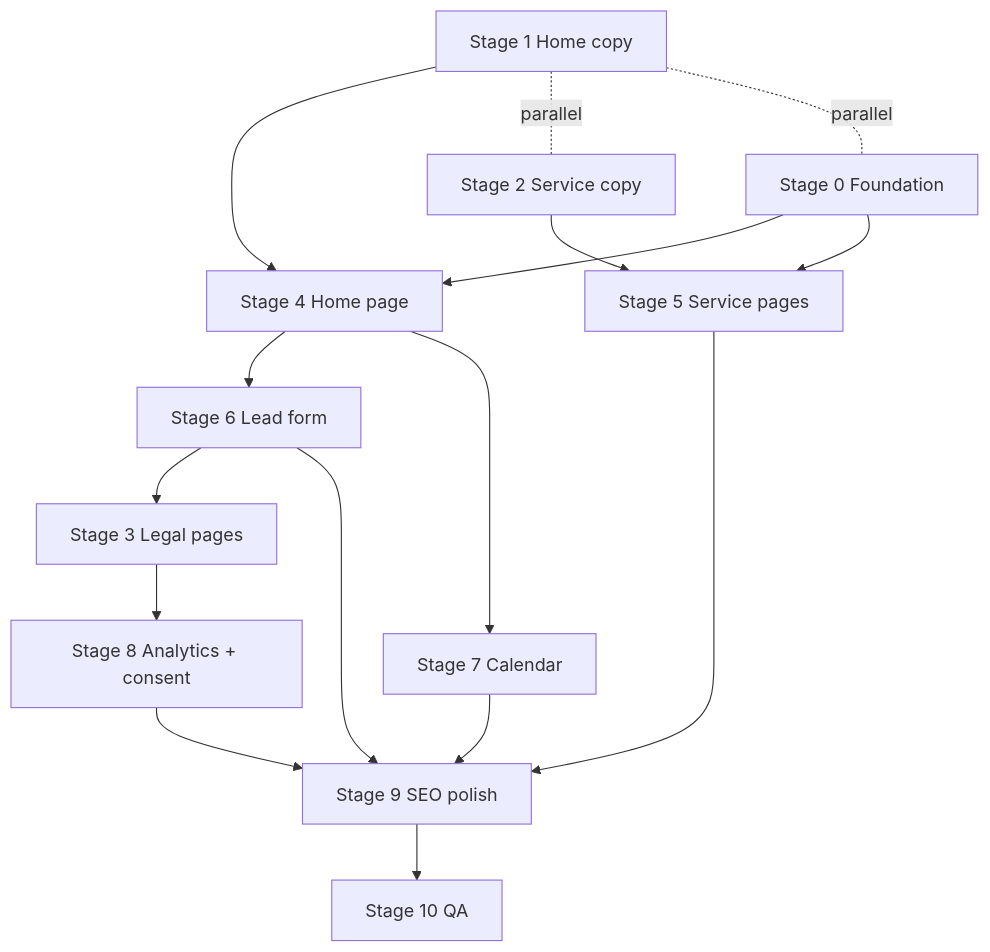
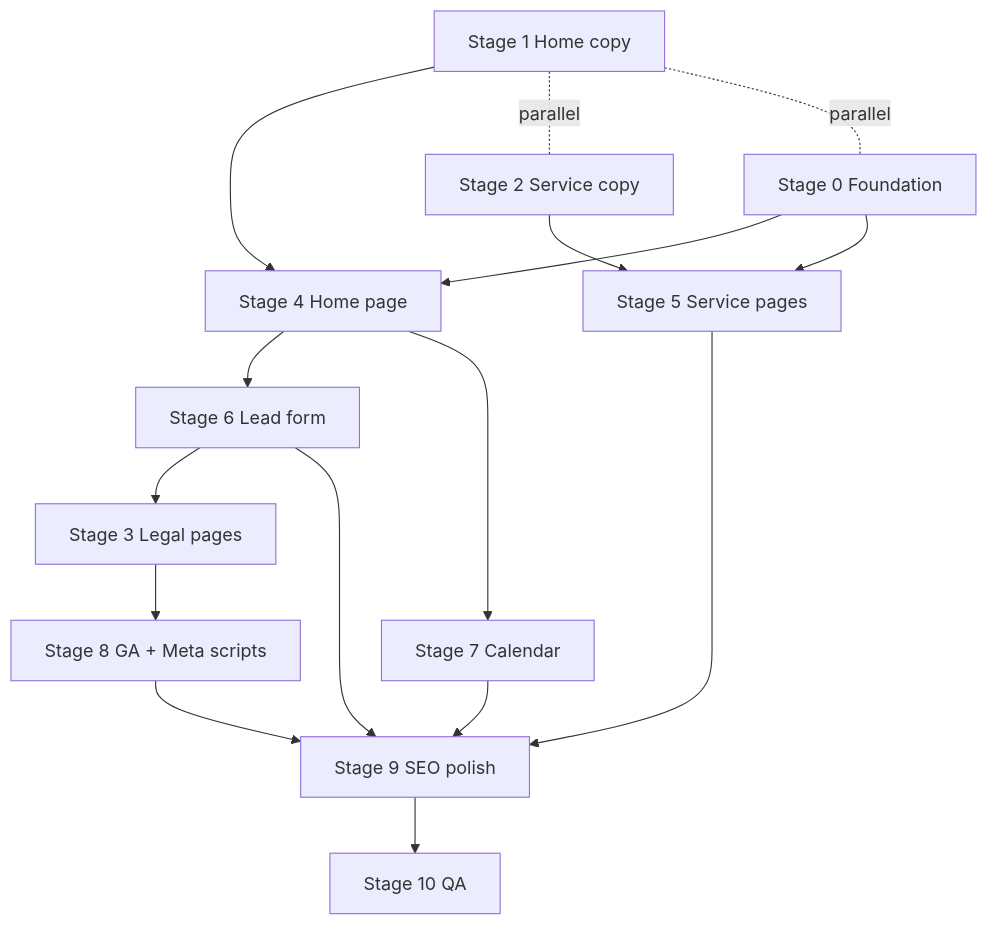
Before and after one commit to rogerio-pereira/FrontPorch: the diagram in docs/planning/phase-01.md, drawn with Mermaid. The commit also changed other lines of this file and 3 other files, not shown here.

````diff
--- a/docs/planning/phase-01.md
+++ b/docs/planning/phase-01.md
@@ -42,31 +42,31 @@
 ```mermaid
 flowchart TB
     S0[Stage 0 Foundation]
     S1[Stage 1 Home copy]
     S2[Stage 2 Service copy]
     S4[Stage 4 Home page]
     S5[Stage 5 Service pages]
     S6[Stage 6 Lead form]
     S7[Stage 7 Calendar]
     S3[Stage 3 Legal pages]
-    S8[Stage 8 Analytics + consent]
+    S8[Stage 8 GA + Meta scripts]
     S9[Stage 9 SEO polish]
     S10[Stage 10 QA]
 
     S0 --> S4
     S0 --> S5
     S1 --> S4
     S2 --> S5
     S4 --> S6
     S4 --> S7
     S6 --> S3
     S7 --> S9
     S3 --> S8
     S8 --> S9
     S5 --> S9
     S6 --> S9
     S9 --> S10
 
     S1 -. parallel .- S2
     S1 -. parallel .- S0
 ```
````
